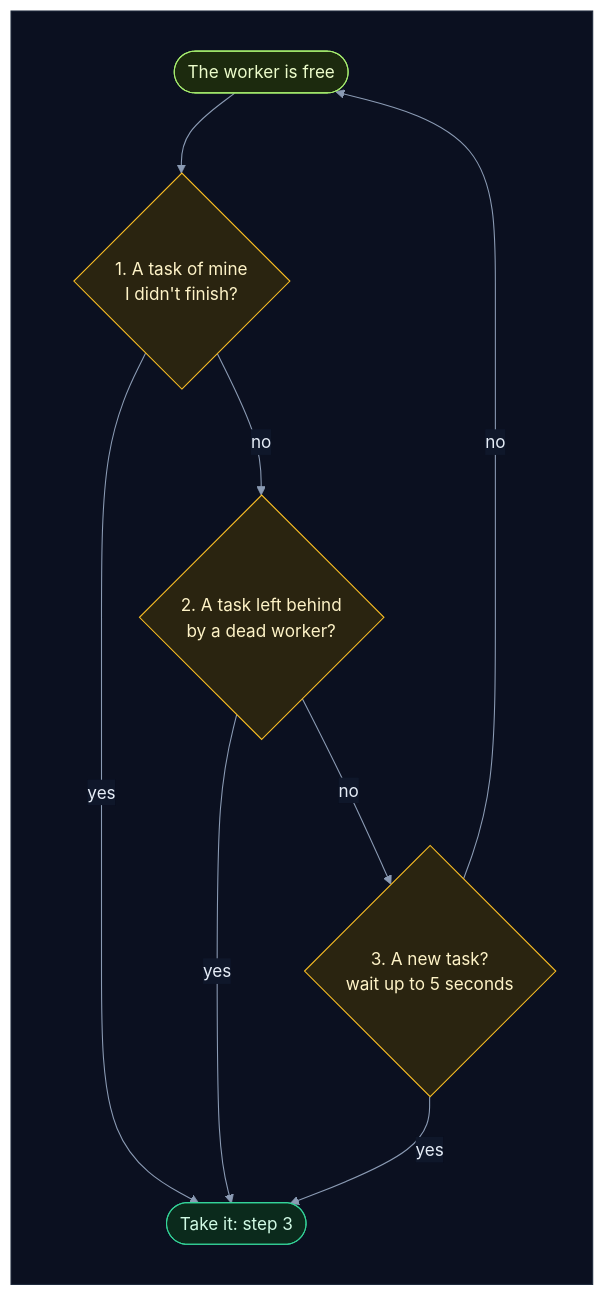
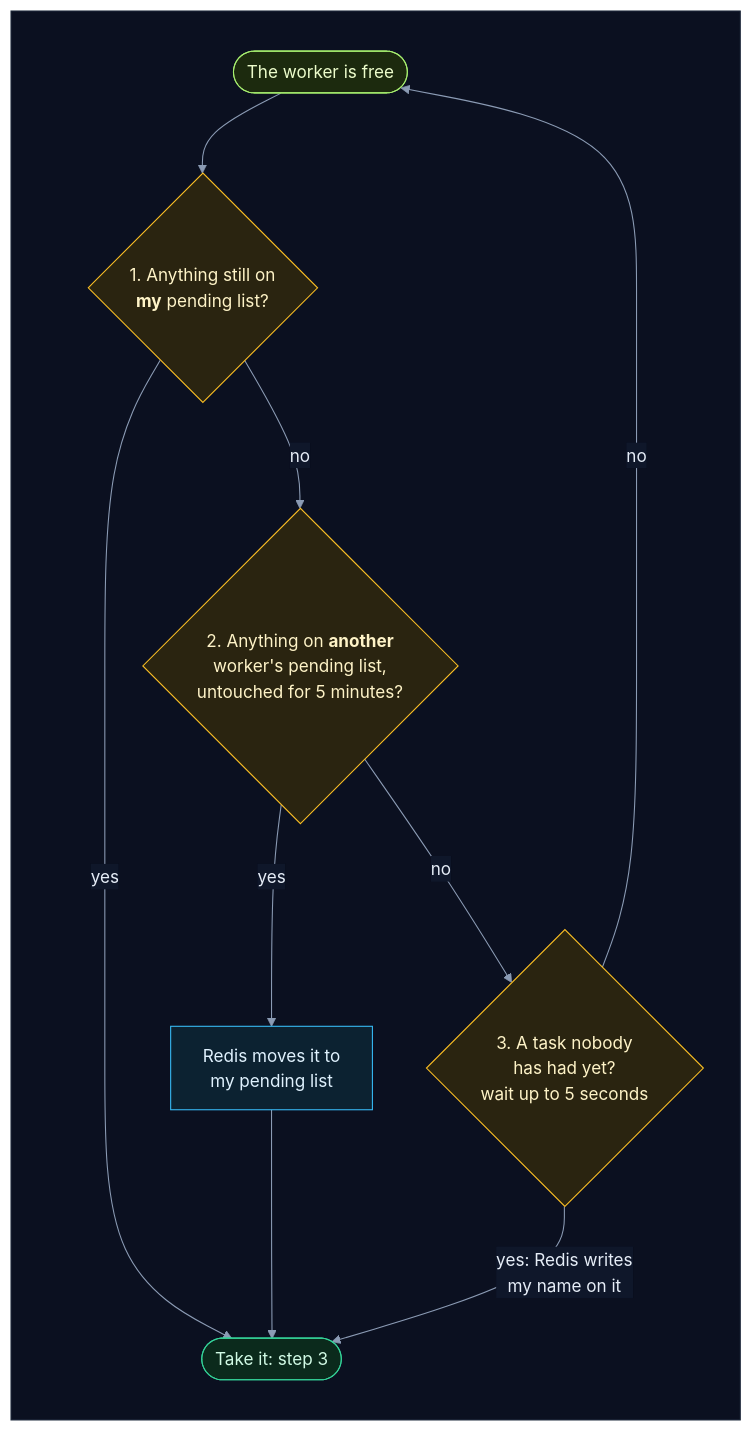
One commit to selvakumarperumal/Regulatory_Circular_Impact_Agent changed the fifth of 43 diagrams in backend/worker/INTERNALS.md. Above: the diagram before and after it, drawn with Mermaid. The commit also changed other lines of this file and 2 other files, not shown here.

````diff
--- a/backend/worker/INTERNALS.md
+++ b/backend/worker/INTERNALS.md
@@ -267,28 +291,30 @@
 ```mermaid
 %%{init: {"theme": "base", "flowchart": {"diagramPadding": 0}, "themeVariables": {"darkMode": true, "primaryColor": "#16213a", "primaryTextColor": "#e6edf7", "primaryBorderColor": "#475a7a", "lineColor": "#8b9bb4", "secondaryColor": "#1b2436", "tertiaryColor": "#101a2e", "edgeLabelBackground": "#0f172a", "textColor": "#e2e8f0", "clusterBkg": "#0f1728", "clusterBorder": "#2b3a55", "titleColor": "#c4b5fd", "nodeTextColor": "#e6edf7"}}}%%
 flowchart TD
     subgraph canvas[" "]
         direction TB
-        w(["The worker is free"]) --> q1{"1. A task of mine<br/>I didn't finish?"}
+        w(["The worker is free"]) --> q1{"1. Anything still on<br/><b>my</b> pending list?"}
         q1 -->|"yes"| t(["Take it: step 3"])
-        q1 -->|"no"| q2{"2. A task left behind<br/>by a dead worker?"}
-        q2 -->|"yes"| t
-        q2 -->|"no"| q3{"3. A new task?<br/>wait up to 5 seconds"}
-        q3 -->|"yes"| t
+        q1 -->|"no"| q2{"2. Anything on <b>another</b><br/>worker's pending list,<br/>untouched for 5 minutes?"}
+        q2 -->|"yes"| mv["Redis moves it to<br/>my pending list"]
+        mv --> t
+        q2 -->|"no"| q3{"3. A task nobody<br/>has had yet?<br/>wait up to 5 seconds"}
+        q3 -->|"yes: Redis writes<br/>my name on it"| t
         q3 -->|"no"| w
     end
     classDef svc fill:#0e2a2c,stroke:#2dd4bf,color:#ccfbf1
     classDef data fill:#1c1a47,stroke:#818cf8,color:#e0e7ff
     classDef ext fill:#2a1640,stroke:#c084fc,color:#f3e8ff
     classDef gpu fill:#2d1b0c,stroke:#fb923c,color:#ffedd5
     classDef ask fill:#2a2410,stroke:#fbbf24,color:#fef3c7
     classDef ok fill:#0b2a1c,stroke:#34d399,color:#d1fae5
     classDef bad fill:#2e0f17,stroke:#fb7185,color:#ffe4e6
     classDef start fill:#1c2a0e,stroke:#a7ef6f,color:#ecfccb
     classDef muted fill:#1a2130,stroke:#64748b,color:#cbd5e1
     classDef queue fill:#0c2231,stroke:#38bdf8,color:#e0f2fe
     class w start
     class q1,q2,q3 ask
+    class mv queue
     class t ok
     style canvas fill:#0b1020,stroke:#1e293b,color:#0b1020
 ```
````
